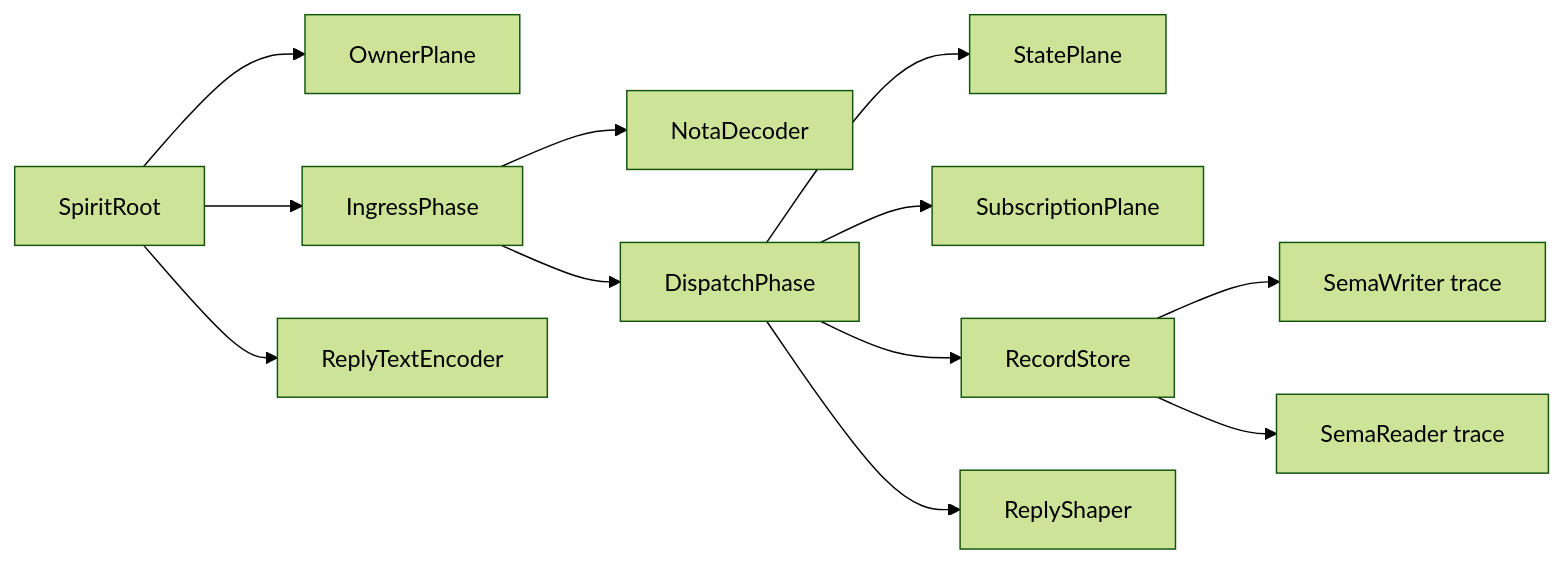
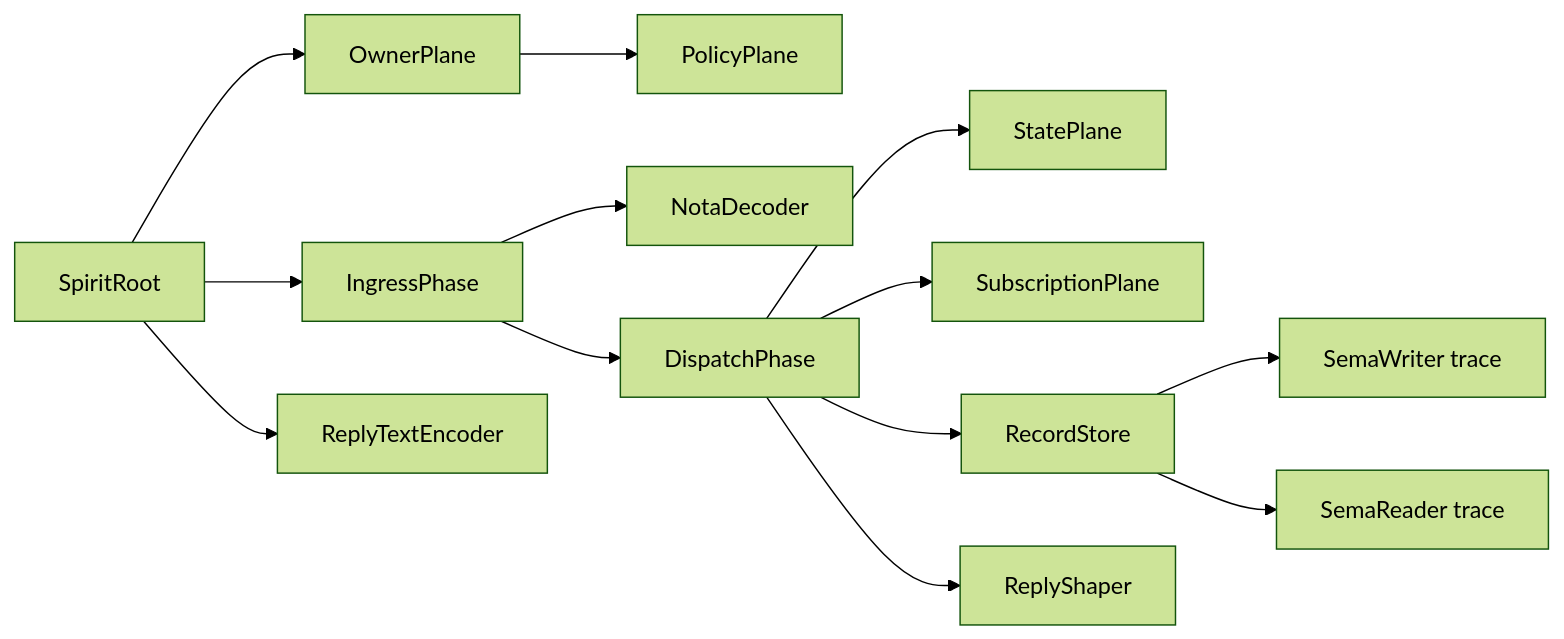
The second of 2 diagrams in ARCHITECTURE.md (LiGoldragon/persona-spirit), drawn with Mermaid (forest theme) before and after one commit. The commit also changed other lines of this file and 9 other files, not shown here.

Commit message:
persona-spirit: add bootstrap policy actor plane

````diff
--- a/ARCHITECTURE.md
+++ b/ARCHITECTURE.md
@@ -50,27 +50,29 @@
 ```mermaid
 flowchart LR
     root["SpiritRoot"]
     owner["OwnerPlane"]
+    policy["PolicyPlane"]
     ingress["IngressPhase"]
     decoder["NotaDecoder"]
     dispatch["DispatchPhase"]
     state["StatePlane"]
     subscription["SubscriptionPlane"]
     store["RecordStore"]
     shaper["ReplyShaper"]
     encoder["ReplyTextEncoder"]
     writer["SemaWriter trace"]
     reader["SemaReader trace"]
 
     root --> owner
+    owner --> policy
     root --> ingress
     ingress --> decoder
     ingress --> dispatch
     dispatch --> state
     dispatch --> subscription
     dispatch --> store
     dispatch --> shaper
     store --> writer
     store --> reader
     root --> encoder
 ```
````
